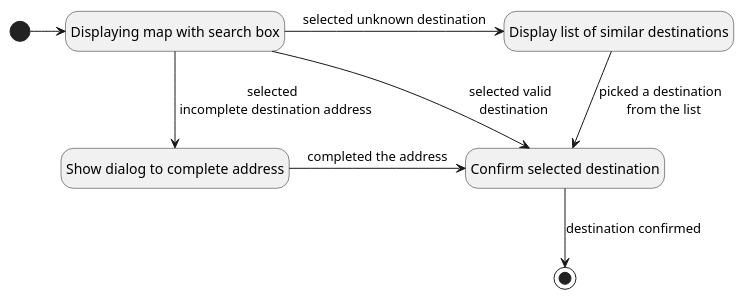
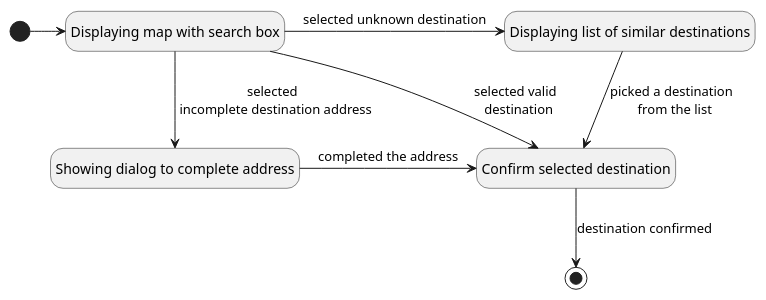
One commit to Kruchji/NSWI041 changed the diagram in documentation/uml/uml-state-machine-uc-004.plantuml. Above: the diagram before and after it, drawn with PlantUML. The commit also changed 1 other file, not shown here.

```diff
--- a/documentation/uml/uml-state-machine-uc-004.plantuml
+++ b/documentation/uml/uml-state-machine-uc-004.plantuml
@@ -1,15 +1,15 @@
 @startuml uml-state-machine-uc-004
 hide empty description
 state "Displaying map with search box" as Map
 state "Confirm selected destination" as Confirm
-state "Show dialog to complete address" as Incomplete
-state "Display list of similar destinations" as Unknown
+state "Showing dialog to complete address" as Incomplete
+state "Displaying list of similar destinations" as Unknown
 
 [*] -r-> Map
 Map -d-> Confirm : selected valid \n destination
 Confirm -d-> [*] : destination confirmed
 Map -r-> Unknown : selected unknown destination
 Unknown -d-> Confirm : picked a destination \n from the list
 Map -d-> Incomplete : selected \n incomplete destination address
 Incomplete -r-> Confirm : completed the address
 @enduml
```
